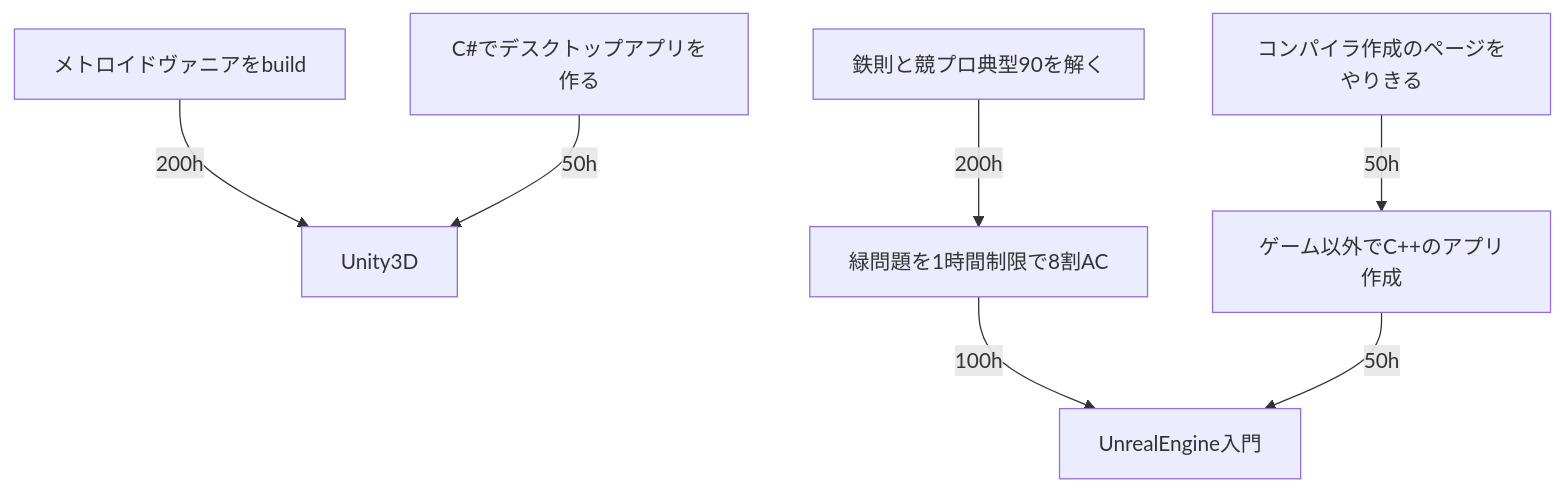
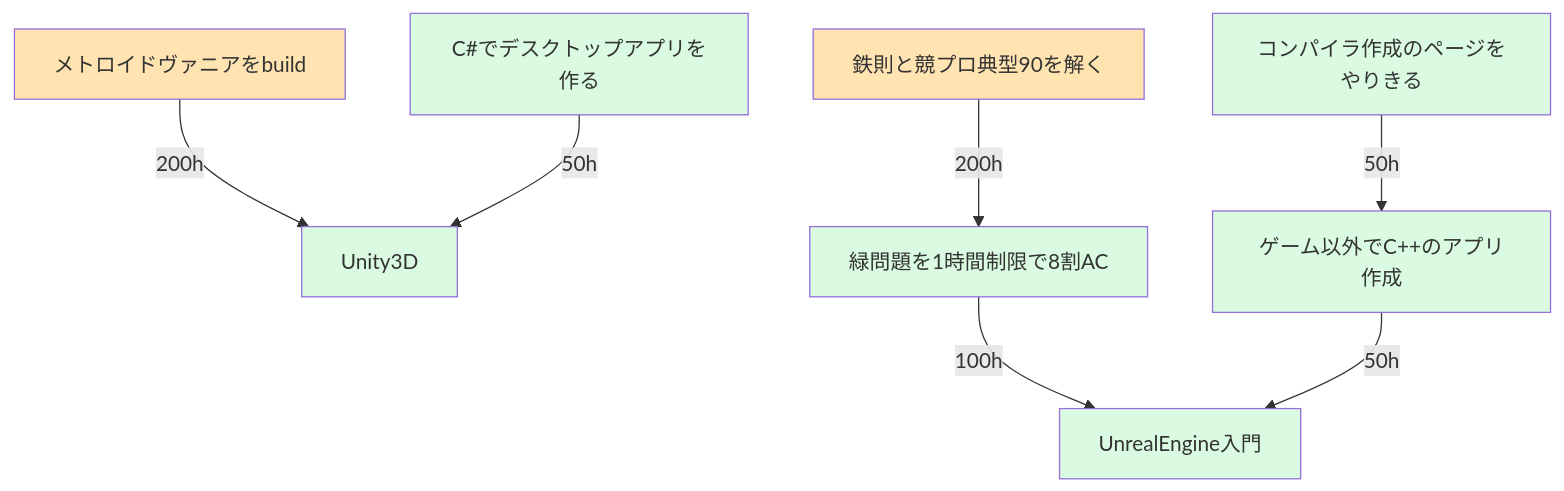
The second of 4 diagrams in tools/learning_path.md (Toraneko0101/My_learning), drawn with Mermaid before and after one commit. The commit also changed other lines of this file, not shown here.

Commit message:
todo inprogress等で色調整

````diff
--- a/tools/learning_path.md
+++ b/tools/learning_path.md
@@ -50,10 +51,11 @@
 ```mermaid
 graph TD
-
-メトロイドヴァニアをbuild -->|200h| Unity3D
-C#でデスクトップアプリを作る --> |50h| Unity3D
-鉄則と競プロ典型90を解く --> |200h| 緑問題を1時間制限で8割AC
-緑問題を1時間制限で8割AC --> |100h| UnrealEngine入門
-コンパイラ作成のページをやりきる --> |50h| ゲーム以外でC++のアプリ作成
-ゲーム以外でC++のアプリ作成 --> |50h| UnrealEngine入門
+  classDef todo fill:#dafbe1
+  classDef inProgress fill:orange,fill-opacity:0.3
+メトロイドヴァニアをbuild:::inProgress -->|200h| Unity3D:::todo
+C#でデスクトップアプリを作る:::todo --> |50h| Unity3D:::todo
+鉄則と競プロ典型90を解く:::inProgress --> |200h| 緑問題を1時間制限で8割AC:::todo
+緑問題を1時間制限で8割AC:::todo --> |100h| UnrealEngine入門:::todo
+コンパイラ作成のページをやりきる:::todo --> |50h| ゲーム以外でC++のアプリ作成:::todo
+ゲーム以外でC++のアプリ作成:::todo --> |50h| UnrealEngine入門:::todo
 ```
````
